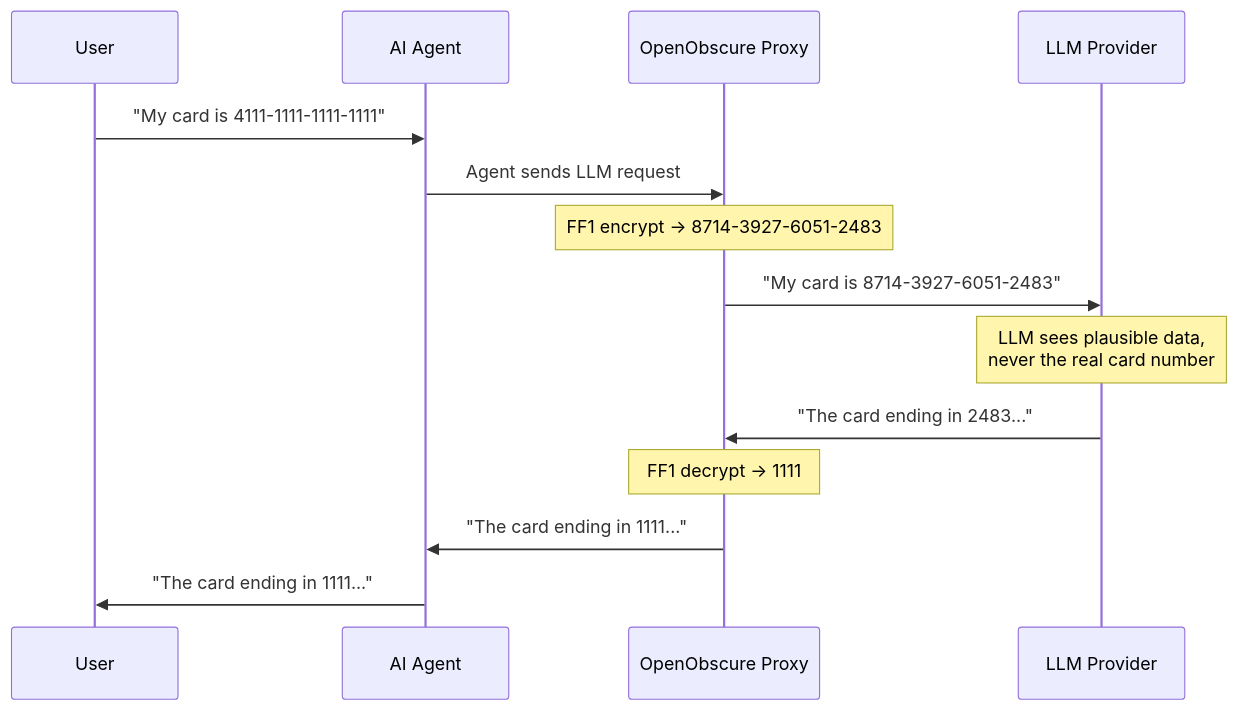
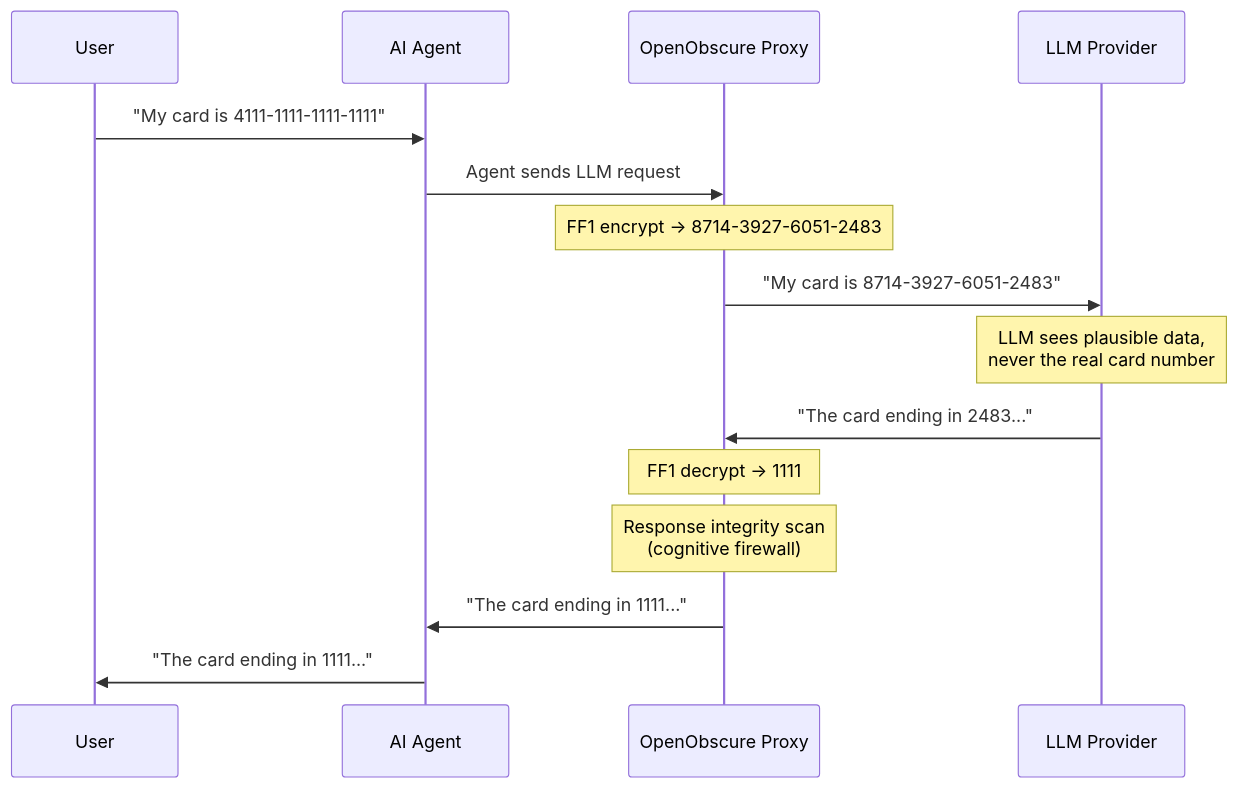
The fourth of 6 diagrams in README.md (OpenObscure/OpenObscure), drawn with Mermaid before and after one commit. The commit also changed other lines of this file and 18 other files, not shown here.

First line of the commit message:
Add cognitive firewall (Phase R1), fix UniFfiTag (B1), add ONNX panic recovery (B2)

````diff
--- a/README.md
+++ b/README.md
@@ -399,17 +408,18 @@
 ```mermaid
 sequenceDiagram
     participant U as User
     participant A as AI Agent
     participant P as OpenObscure Proxy
     participant L as LLM Provider
 
     U->>A: "My card is 4111-1111-1111-1111"
     A->>P: Agent sends LLM request
     Note over P: FF1 encrypt → 8714-3927-6051-2483
     P->>L: "My card is 8714-3927-6051-2483"
     Note over L: LLM sees plausible data,<br/>never the real card number
     L->>P: "The card ending in 2483..."
     Note over P: FF1 decrypt → 1111
+    Note over P: Response integrity scan<br/>(cognitive firewall)
     P->>A: "The card ending in 1111..."
     A->>U: "The card ending in 1111..."
 ```
````
